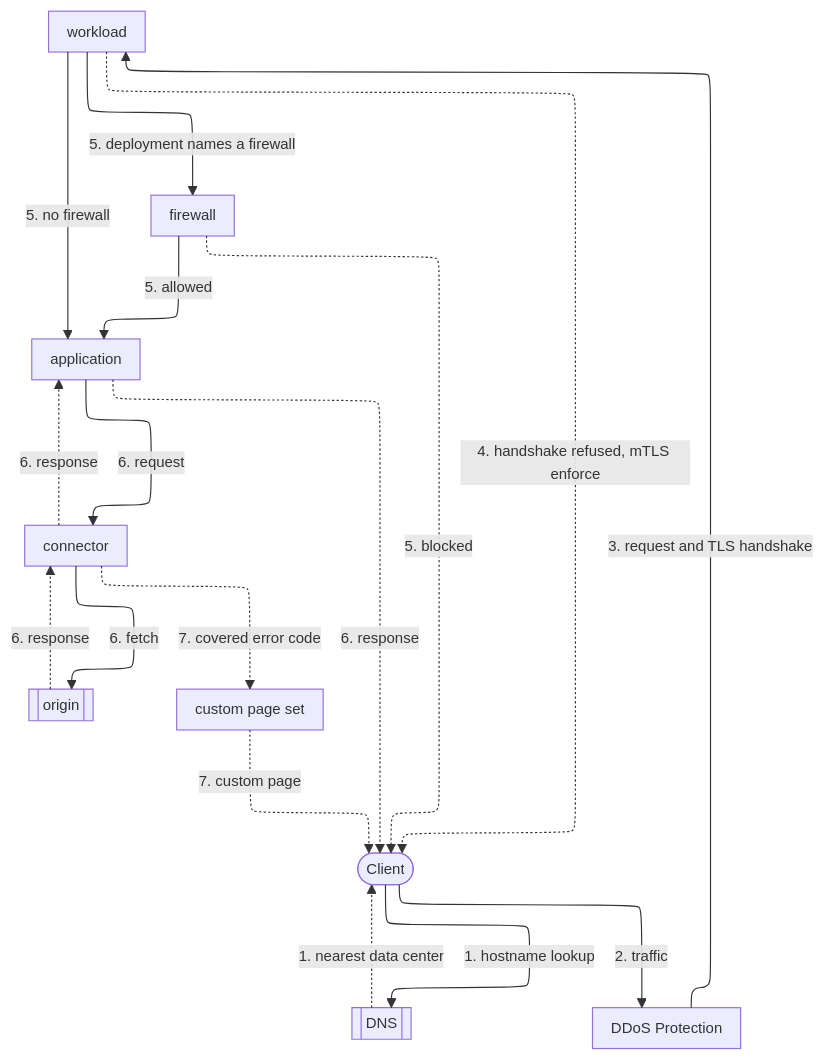
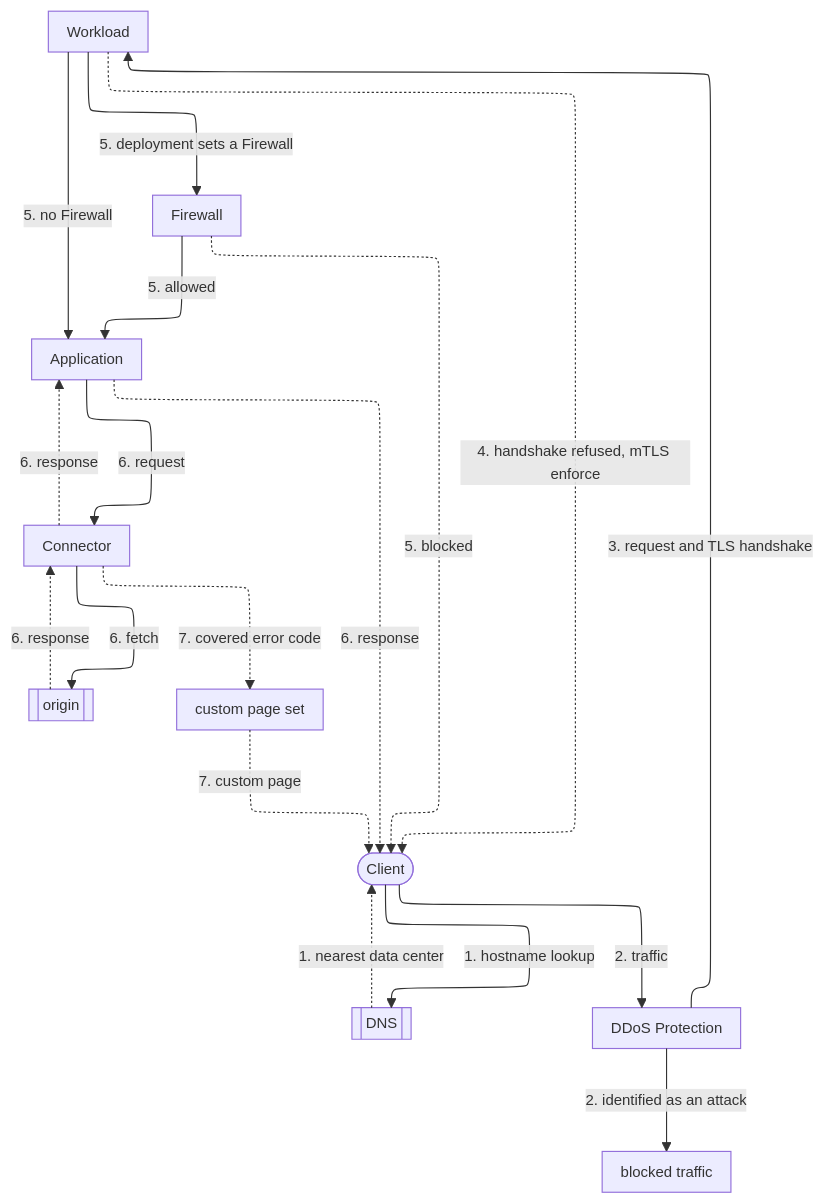
The first of 5 diagrams in apps/docs/src/content/docs/en/pages/secure/workloads/how-it-works.mdx (aziontech/docs), drawn with Mermaid before and after one commit. The commit also changed other lines of this file and 1 other file, not shown here.

````diff
--- a/apps/docs/src/content/docs/en/pages/secure/workloads/how-it-works.mdx
+++ b/apps/docs/src/content/docs/en/pages/secure/workloads/how-it-works.mdx
@@ -32,29 +32,31 @@
 ```mermaid
 %%{init: {"layout": "elk", "elk": {"preset": "modelOrder", "keepEntryNodeOnTop": true}, "themeVariables": {"fontSize": "13px"}, "flowchart": {"nodeSpacing": 24, "rankSpacing": 36, "padding": 8, "wrappingWidth": 150, "useMaxWidth": true}, "sequence": {"width": 120, "actorMargin": 30, "useMaxWidth": true}}}%%
 flowchart TD
   Client(["Client"])
   DNS[["DNS"]]
   DDoS["DDoS Protection"]
-  WL["workload"]
-  FW["firewall"]
-  App["application"]
-  Conn["connector"]
+  Blocked["blocked traffic"]
+  WL["Workload"]
+  FW["Firewall"]
+  App["Application"]
+  Conn["Connector"]
   Origin[["origin"]]
   CP["custom page set"]
   Client -->|"1. hostname lookup"| DNS
   DNS -.->|"1. nearest data center"| Client
   Client -->|"2. traffic"| DDoS
+  DDoS -->|"2. identified as an attack"| Blocked
   DDoS -->|"3. request and TLS handshake"| WL
   WL -.->|"4. handshake refused, mTLS enforce"| Client
-  WL -->|"5. deployment names a firewall"| FW
-  WL -->|"5. no firewall"| App
+  WL -->|"5. deployment sets a Firewall"| FW
+  WL -->|"5. no Firewall"| App
   FW -->|"5. allowed"| App
   FW -.->|"5. blocked"| Client
   App -->|"6. request"| Conn
   Conn -->|"6. fetch"| Origin
   Origin -.->|"6. response"| Conn
   Conn -.->|"6. response"| App
   App -.->|"6. response"| Client
   Conn -.->|"7. covered error code"| CP
   CP -.->|"7. custom page"| Client
 ```
````
